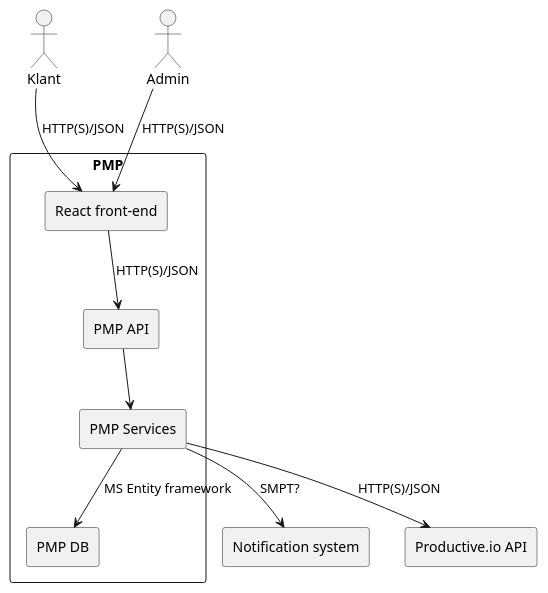
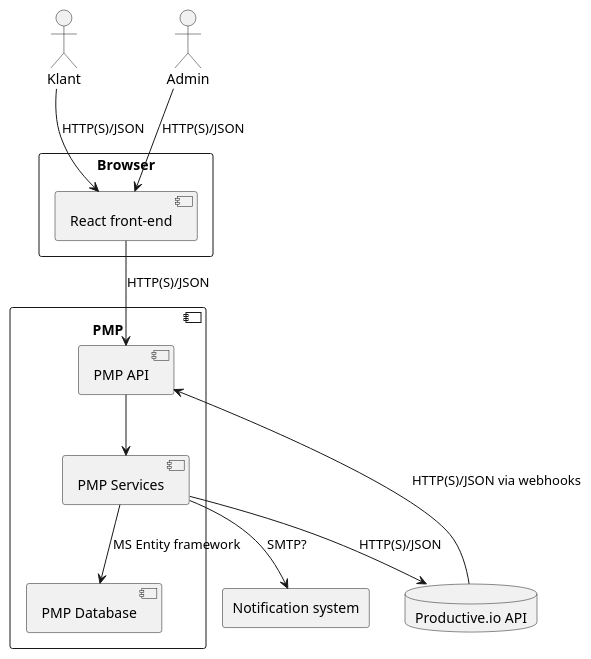
Before and after one commit to DCReceveur/pre-afstudeer-docs: the second of 12 diagrams in Documentatie/Software Architecture Document.md, drawn with PlantUML. The commit also changed other lines of this file and 9 other files, not shown here.

````diff
--- a/Documentatie/Software Architecture Document.md
+++ b/Documentatie/Software Architecture Document.md
@@ -46,24 +46,28 @@
 ```plantuml
 
 actor Klant
 actor Admin
 
-rectangle PMP{
-rectangle "React front-end" as PWA
-rectangle "PMP API" as API
-rectangle "PMP DB" as DB
-rectangle "PMP Services" as Service
+rectangle Browser{
+component "React front-end" as PWA
+}
+
+component PMP{
+component "PMP API" as API
+component "PMP Database" as DB
+component "PMP Services" as Service
 }
 
 rectangle "Notification system" as NS
-rectangle "Productive.io API" as PR_API
+database "Productive.io API" as PR_API
 
 Klant --> PWA : HTTP(S)/JSON
 Admin --> PWA : HTTP(S)/JSON
 PWA --> API : HTTP(S)/JSON
 Service --> DB : MS Entity framework
 API-->Service
 Service --> PR_API : HTTP(S)/JSON
-Service --> NS : SMPT?
+PR_API -[norank]-> API : HTTP(S)/JSON via webhooks
+Service --> NS : SMTP?
 
 ```
````
